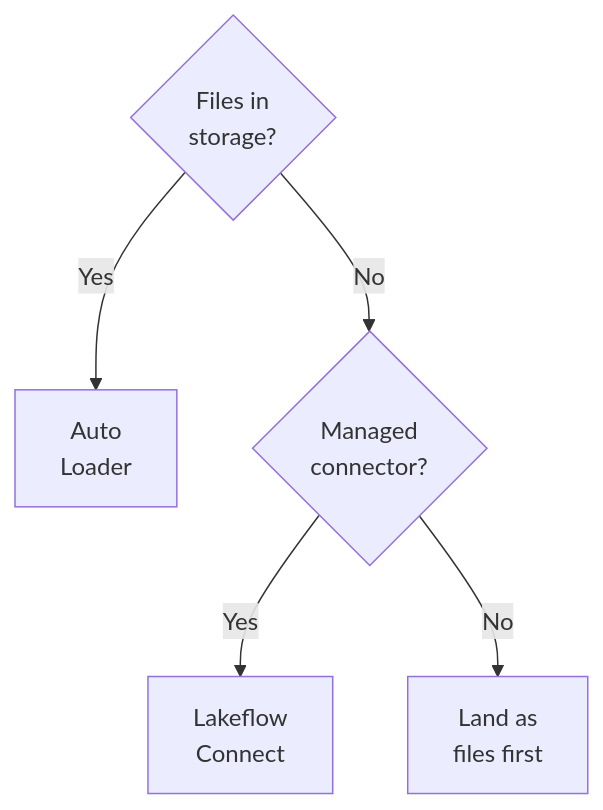
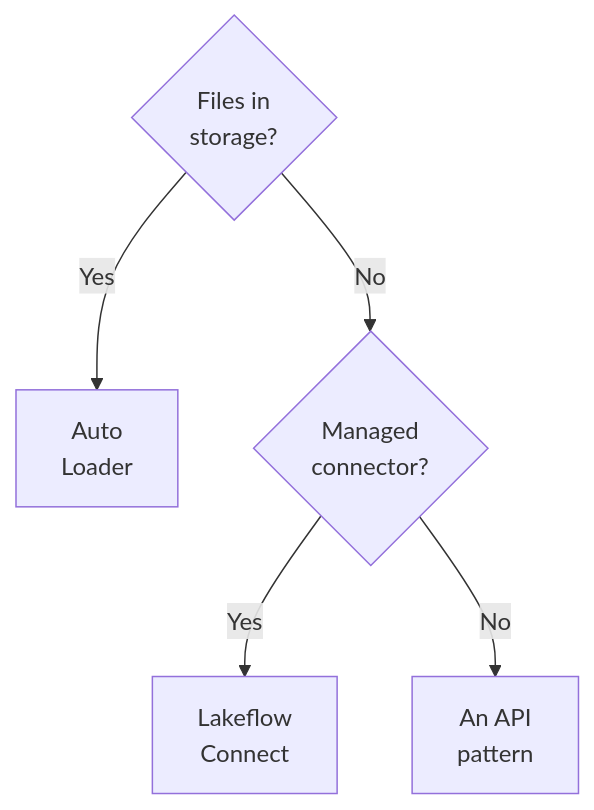
Before and after one commit to datacertlab/DataCertLab-Notes: the first of 3 diagrams in databricks-data-engineer-associate/domain-2-data-ingestion-and-loading.md, drawn with Mermaid. The commit also changed other lines of this file and 7 other files, not shown here.

````diff
--- a/databricks-data-engineer-associate/domain-2-data-ingestion-and-loading.md
+++ b/databricks-data-engineer-associate/domain-2-data-ingestion-and-loading.md
@@ -79,7 +79,7 @@
 ```mermaid
 flowchart TD
     A{"Files in<br/>storage?"} -->|"Yes"| B["Auto<br/>Loader"]
     A -->|"No"| C{"Managed<br/>connector?"}
     C -->|"Yes"| D["Lakeflow<br/>Connect"]
-    C -->|"No"| E["Land as<br/>files first"]
+    C -->|"No"| E["An API<br/>pattern"]
 ```
````
